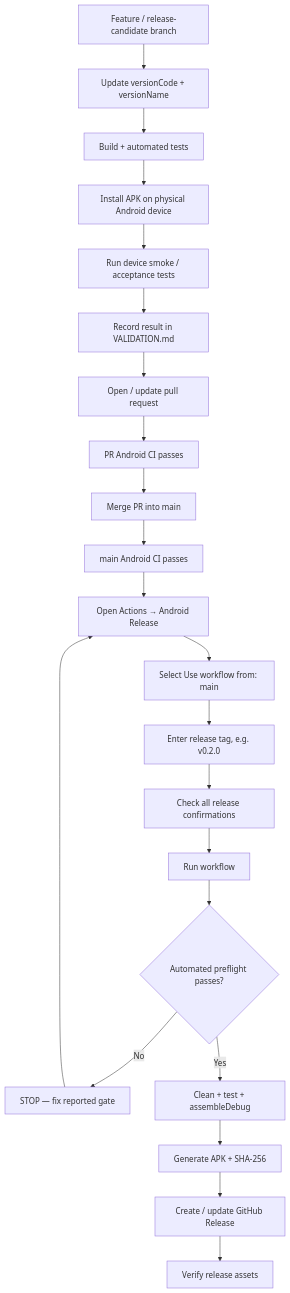
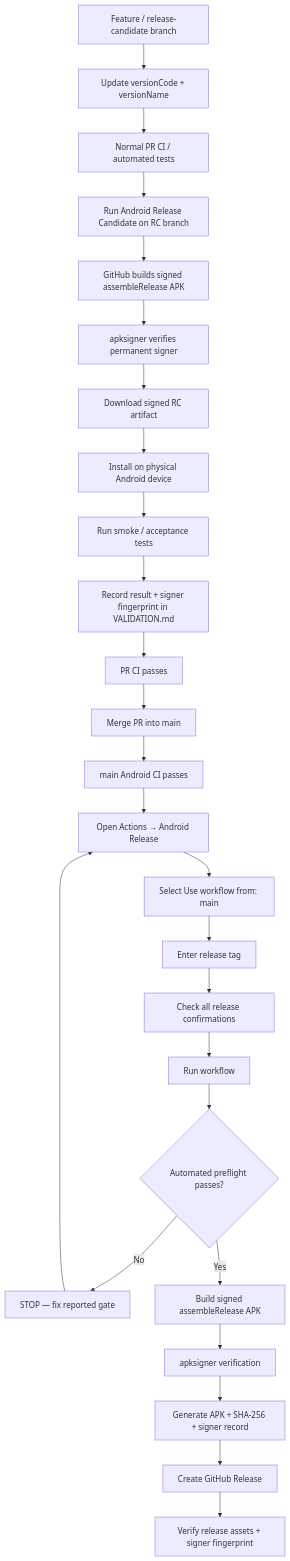
Before and after one commit to DantyDCook/CareerOpsShare-Android: the diagram in docs/RELEASE_CHECKLIST.md, drawn with Mermaid. The commit also changed other lines of this file, not shown here.

Commit message:
Update release checklist for stable signing

````diff
--- a/docs/RELEASE_CHECKLIST.md
+++ b/docs/RELEASE_CHECKLIST.md
@@ -9,24 +9,28 @@
 ```mermaid
 flowchart TD
     A[Feature / release-candidate branch] --> B[Update versionCode + versionName]
-    B --> C[Build + automated tests]
-    C --> D[Install APK on physical Android device]
-    D --> E[Run device smoke / acceptance tests]
-    E --> F[Record result in VALIDATION.md]
-    F --> G[Open / update pull request]
-    G --> H[PR Android CI passes]
-    H --> I[Merge PR into main]
-    I --> J[main Android CI passes]
-    J --> K[Open Actions → Android Release]
-    K --> L[Select Use workflow from: main]
-    L --> M[Enter release tag, e.g. v0.2.0]
-    M --> N[Check all release confirmations]
-    N --> O[Run workflow]
-    O --> P{Automated preflight passes?}
-    P -- No --> Q[STOP — fix reported gate]
-    Q --> K
-    P -- Yes --> R[Clean + test + assembleDebug]
-    R --> S[Generate APK + SHA-256]
-    S --> T[Create / update GitHub Release]
-    T --> U[Verify release assets]
+    B --> C[Normal PR CI / automated tests]
+    C --> D[Run Android Release Candidate on RC branch]
+    D --> E[GitHub builds signed assembleRelease APK]
+    E --> F[apksigner verifies permanent signer]
+    F --> G[Download signed RC artifact]
+    G --> H[Install on physical Android device]
+    H --> I[Run smoke / acceptance tests]
+    I --> J[Record result + signer fingerprint in VALIDATION.md]
+    J --> K[PR CI passes]
+    K --> L[Merge PR into main]
+    L --> M[main Android CI passes]
+    M --> N[Open Actions → Android Release]
+    N --> O[Select Use workflow from: main]
+    O --> P[Enter release tag]
+    P --> Q[Check all release confirmations]
+    Q --> R[Run workflow]
+    R --> S{Automated preflight passes?}
+    S -- No --> T[STOP — fix reported gate]
+    T --> N
+    S -- Yes --> U[Build signed assembleRelease APK]
+    U --> V[apksigner verification]
+    V --> W[Generate APK + SHA-256 + signer record]
+    W --> X[Create GitHub Release]
+    X --> Y[Verify release assets + signer fingerprint]
 ```
````
